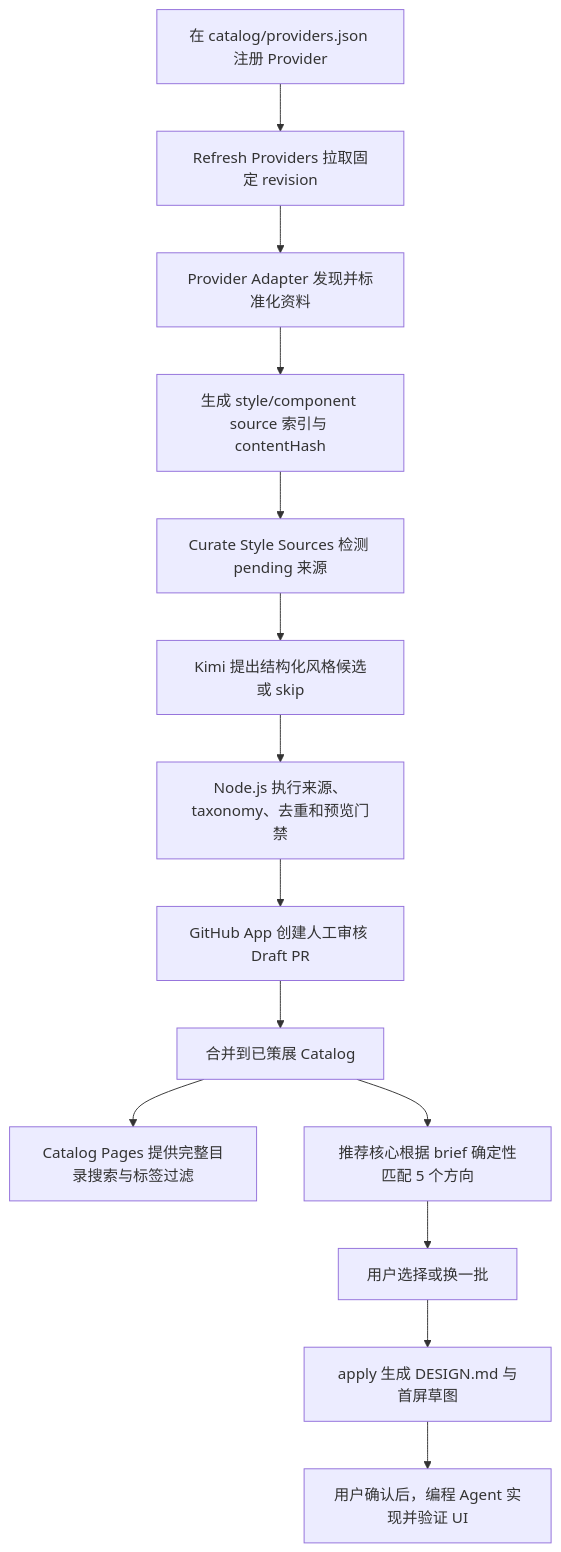
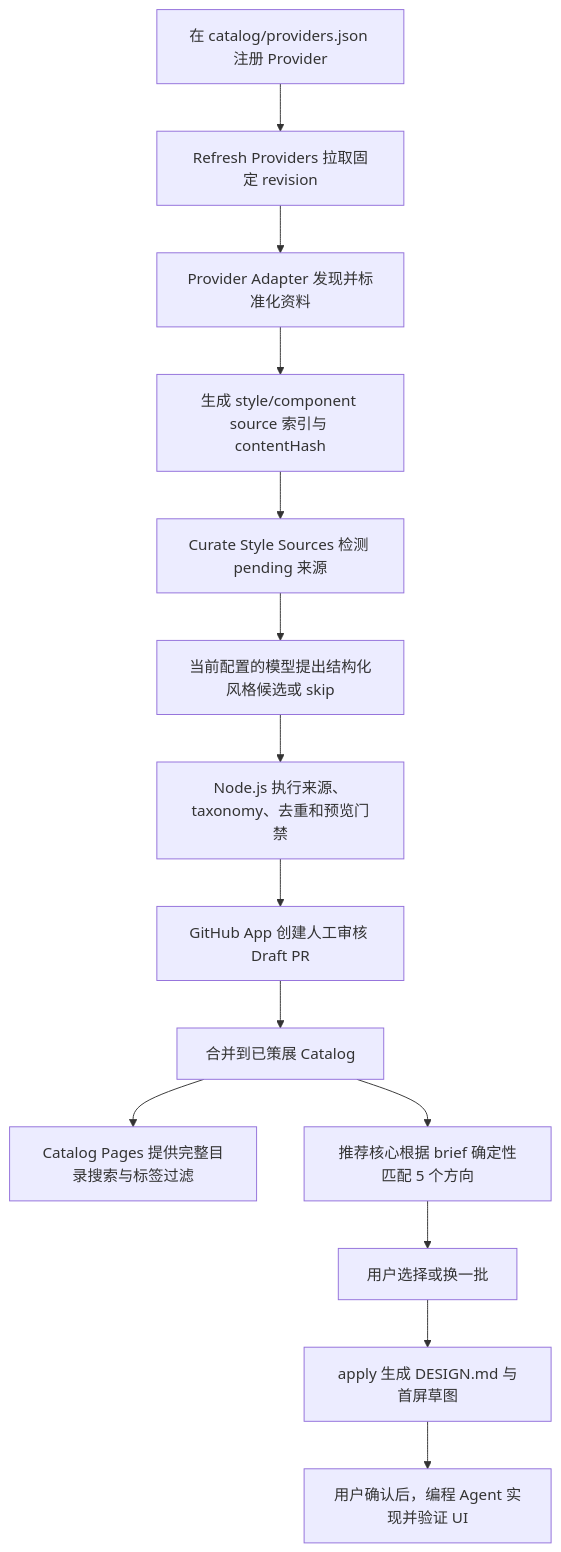
Before and after one commit to coconilu/ai-ui-style-director: the diagram in docs/OVERVIEW.zh-CN.md, drawn with Mermaid. The commit also changed other lines of this file and 21 other files, not shown here.

````diff
--- a/docs/OVERVIEW.zh-CN.md
+++ b/docs/OVERVIEW.zh-CN.md
@@ -10,16 +10,16 @@
 ```mermaid
 flowchart TD
     A["在 catalog/providers.json 注册 Provider"] --> B["Refresh Providers 拉取固定 revision"]
     B --> C["Provider Adapter 发现并标准化资料"]
     C --> D["生成 style/component source 索引与 contentHash"]
     D --> E["Curate Style Sources 检测 pending 来源"]
-    E --> F["Kimi 提出结构化风格候选或 skip"]
+    E --> F["当前配置的模型提出结构化风格候选或 skip"]
     F --> G["Node.js 执行来源、taxonomy、去重和预览门禁"]
     G --> H["GitHub App 创建人工审核 Draft PR"]
     H --> I["合并到已策展 Catalog"]
     I --> J["Catalog Pages 提供完整目录搜索与标签过滤"]
     I --> K["推荐核心根据 brief 确定性匹配 5 个方向"]
     K --> L["用户选择或换一批"]
     L --> M["apply 生成 DESIGN.md 与首屏草图"]
     M --> N["用户确认后，编程 Agent 实现并验证 UI"]
 ```
````
